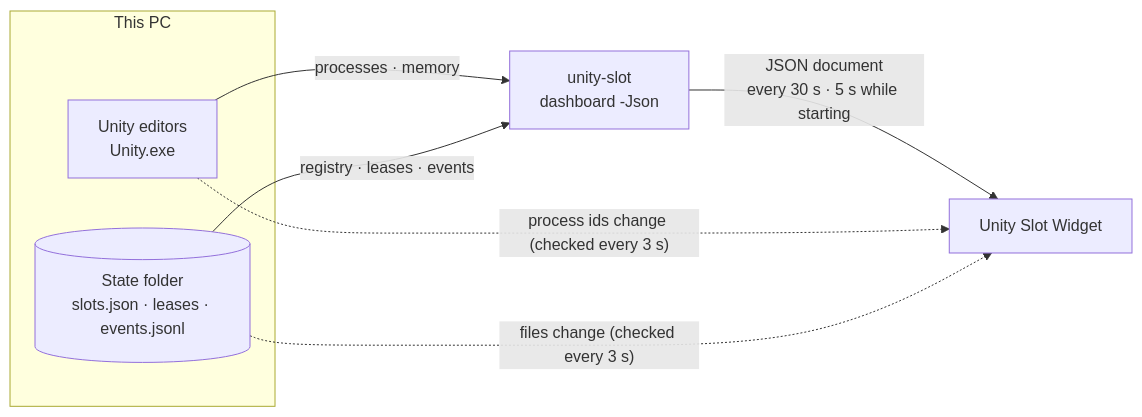
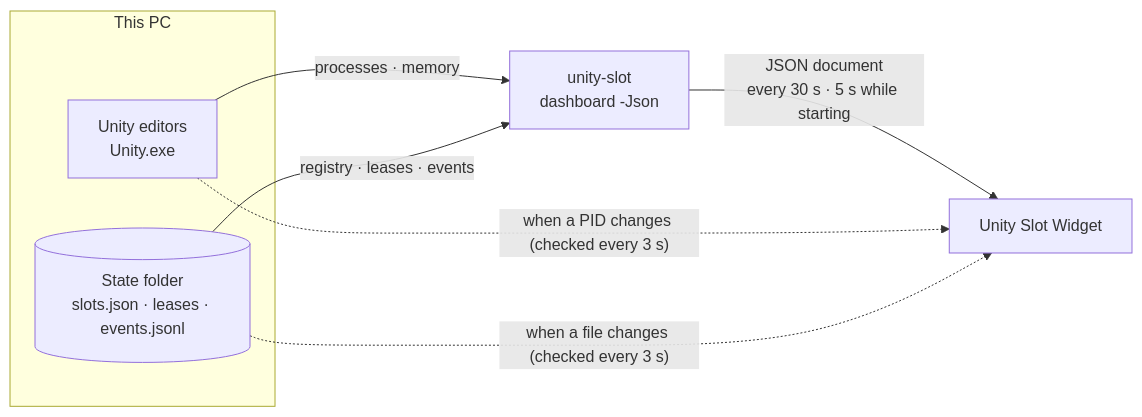
The first of 2 diagrams in README.en.md (cyKim0115/unity-slot-widget), drawn with Mermaid before and after one commit. The commit also changed other lines of this file and 12 other files, not shown here.

````diff
--- a/README.en.md
+++ b/README.en.md
@@ -68,14 +127,14 @@
 ```mermaid
 flowchart LR
     subgraph pc["This PC"]
         editors["Unity editors<br/>Unity.exe"]
         state[("State folder<br/>slots.json · leases · events.jsonl")]
     end
     core["unity-slot<br/>dashboard -Json"]
     widget["Unity Slot Widget"]
     editors -- "processes · memory" --> core
     state -- "registry · leases · events" --> core
     core -- "JSON document<br/>every 30 s · 5 s while starting" --> widget
-    editors -. "process ids change (checked every 3 s)" .-> widget
-    state -. "files change (checked every 3 s)" .-> widget
+    editors -. "when a PID changes (checked every 3 s)" .-> widget
+    state -. "when a file changes (checked every 3 s)" .-> widget
 ```
````
